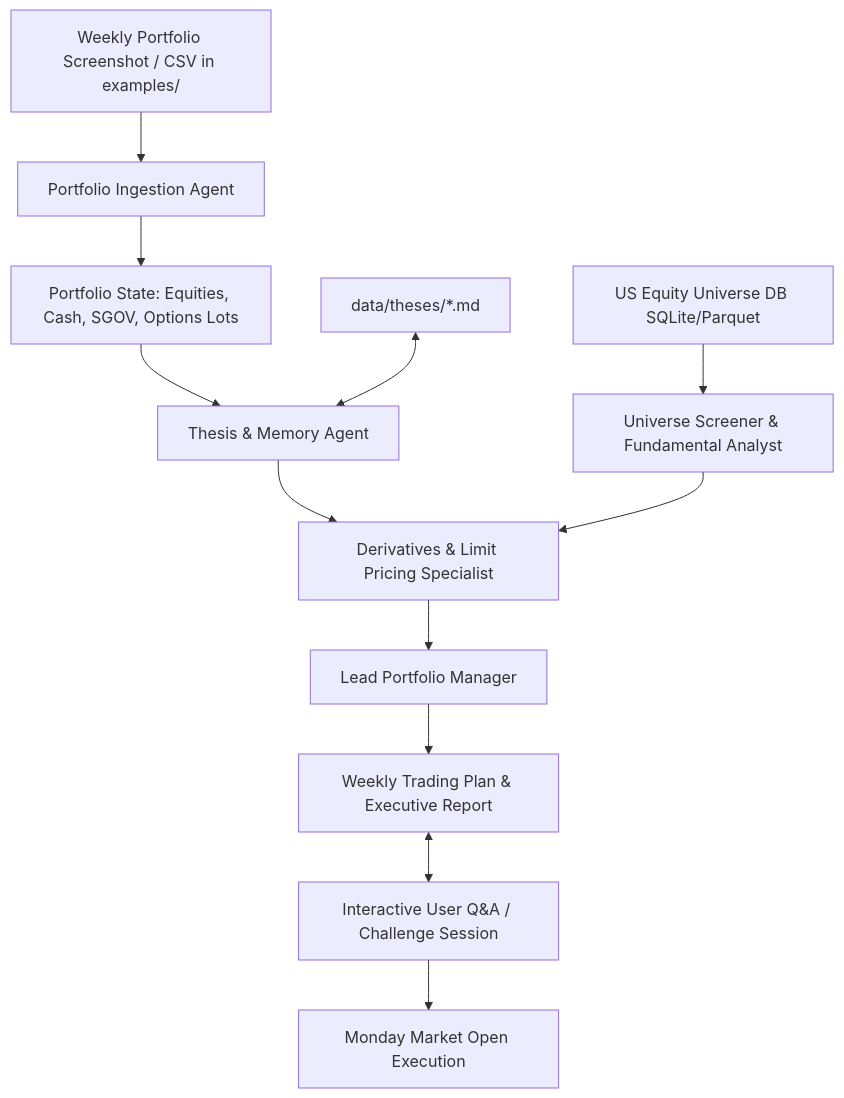
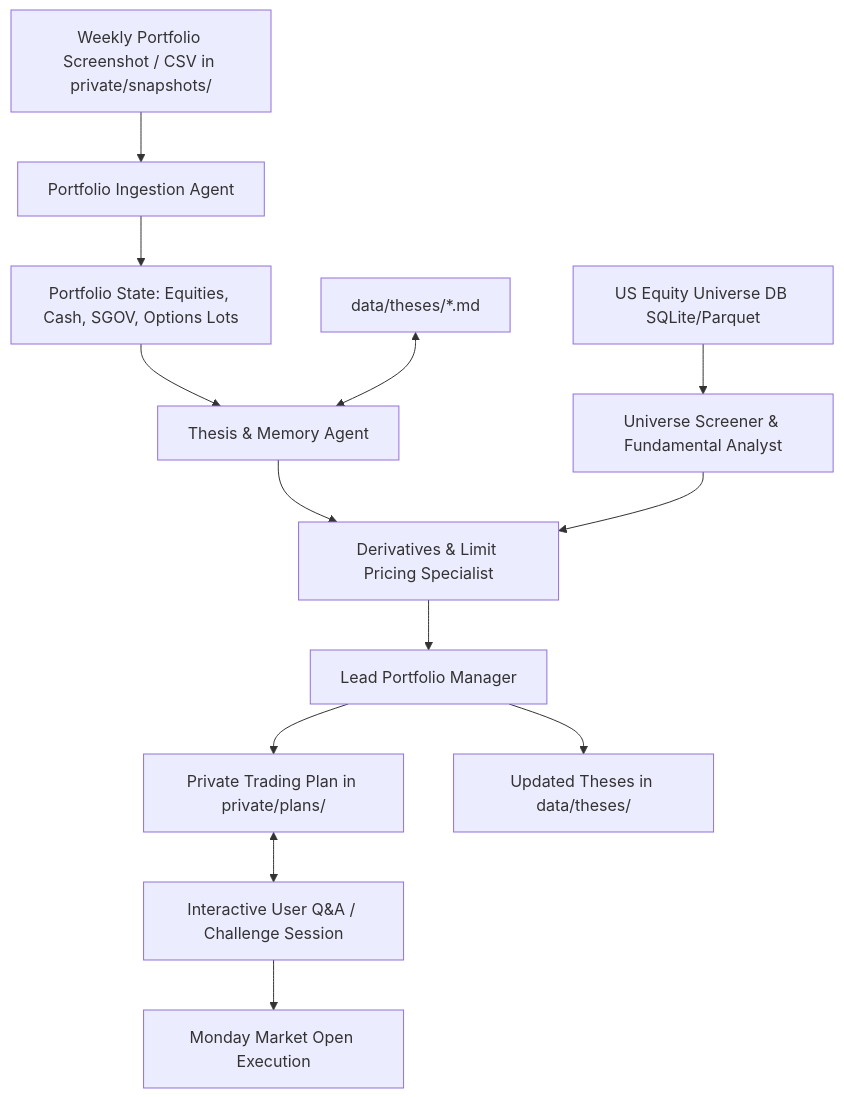
Before and after one commit to greenermoose/investments: the diagram in README.md, drawn with Mermaid. The commit also changed other lines of this file and 9 other files, not shown here.

Commit message:
Restructure privacy boundaries with private directory and public synthetic examples

````diff
--- a/README.md
+++ b/README.md
@@ -39,18 +42,19 @@
 ```mermaid
 flowchart TD
-    A[Weekly Portfolio Screenshot / CSV in examples/] --> B[Portfolio Ingestion Agent]
+    A[Weekly Portfolio Screenshot / CSV in private/snapshots/] --> B[Portfolio Ingestion Agent]
     B --> C[Portfolio State: Equities, Cash, SGOV, Options Lots]
     
     C --> D[Thesis & Memory Agent]
     E[data/theses/*.md] <--> D
     
     F[US Equity Universe DB SQLite/Parquet] --> G[Universe Screener & Fundamental Analyst]
     
     D --> H[Derivatives & Limit Pricing Specialist]
     G --> H
     
     H --> I[Lead Portfolio Manager]
-    I --> J[Weekly Trading Plan & Executive Report]
-    J <--> K[Interactive User Q&A / Challenge Session]
-    K --> L[Monday Market Open Execution]
+    I --> J[Private Trading Plan in private/plans/]
+    I --> K[Updated Theses in data/theses/]
+    J <--> L[Interactive User Q&A / Challenge Session]
+    L --> M[Monday Market Open Execution]
 ```
````
